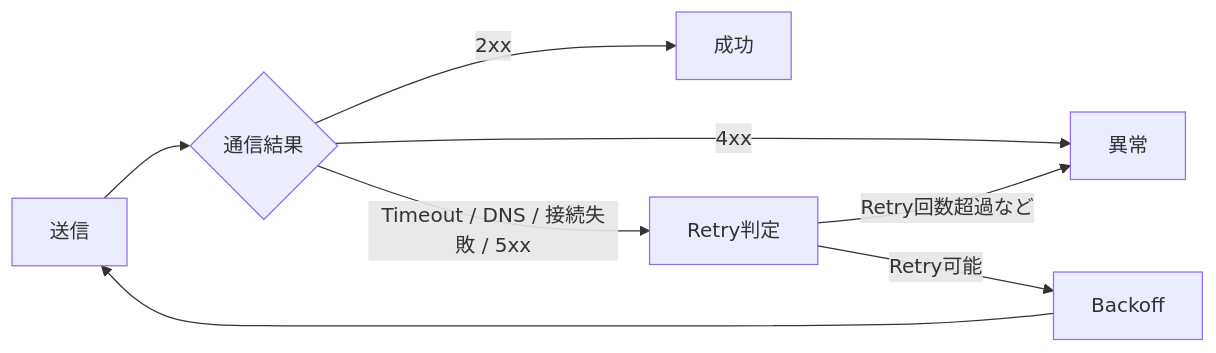
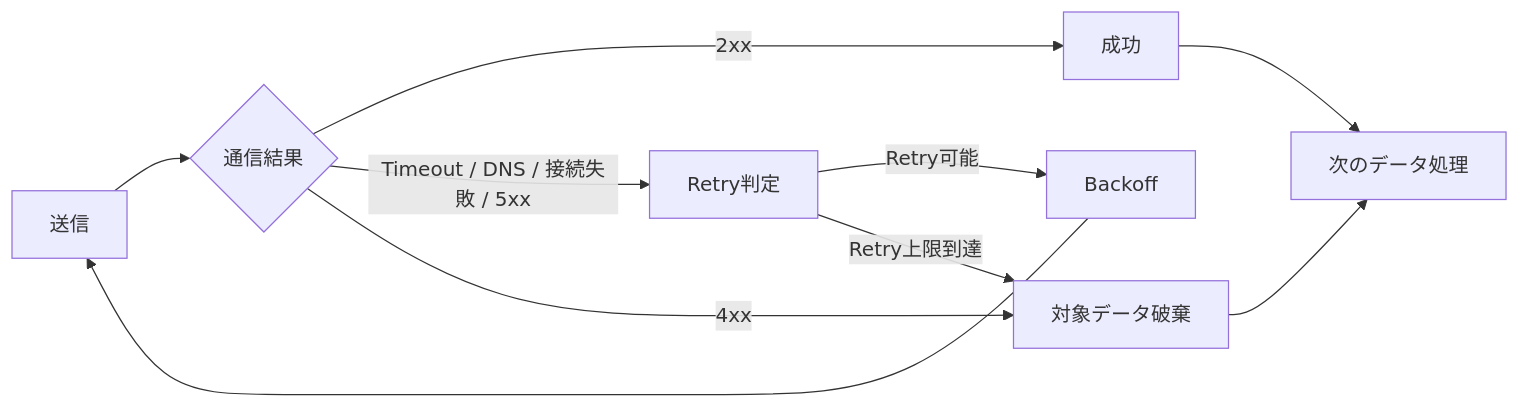
The third of 46 diagrams in docs/05_operation_recovery.md (yujimasuda77777/Raspberry_Pi_4B_Edge_IoT_System), drawn with Mermaid before and after one commit. The commit also changed other lines of this file and 1 other file, not shown here.

````diff
--- a/docs/05_operation_recovery.md
+++ b/docs/05_operation_recovery.md
@@ -157,23 +160,24 @@
 ```mermaid
+flowchart LR
+    Send["送信"]
+    Result{"通信結果"}
 
-    flowchart LR
-        Send["送信"]
-        Result{"通信結果"}
+    Success["成功"]
+    Retry["Retry判定"]
+    Backoff["Backoff"]
+    Discard["対象データ破棄"]
+    Next["次のデータ処理"]
 
-        Success["成功"]
-        Retry["Retry判定"]
-        Backoff["Backoff"]
-        Error["異常"]
-        
-        Send --> Result
+    Send --> Result
 
-        Result -->|2xx| Success
-        Result -->|Timeout / DNS / 接続失敗 / 5xx| Retry
-        Result -->|4xx| Error
+    Result -->|2xx| Success
+    Result -->|Timeout / DNS / 接続失敗 / 5xx| Retry
+    Result -->|4xx| Discard
 
-        Retry -->|Retry可能| Backoff
-        Retry -->|Retry回数超過など| Error
+    Retry -->|Retry可能| Backoff
+    Retry -->|Retry上限到達| Discard
 
-        Backoff --> Send
-
+    Backoff --> Send
+    Success --> Next
+    Discard --> Next
 ```
````
